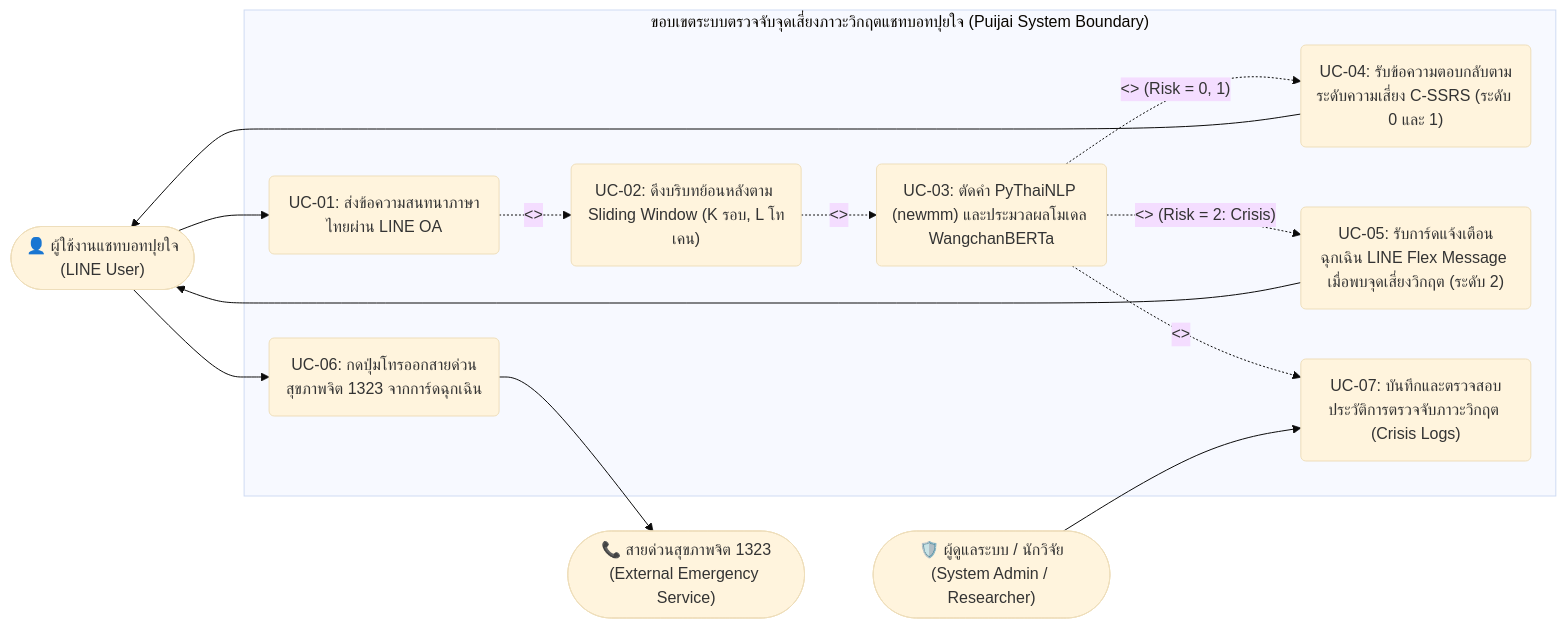
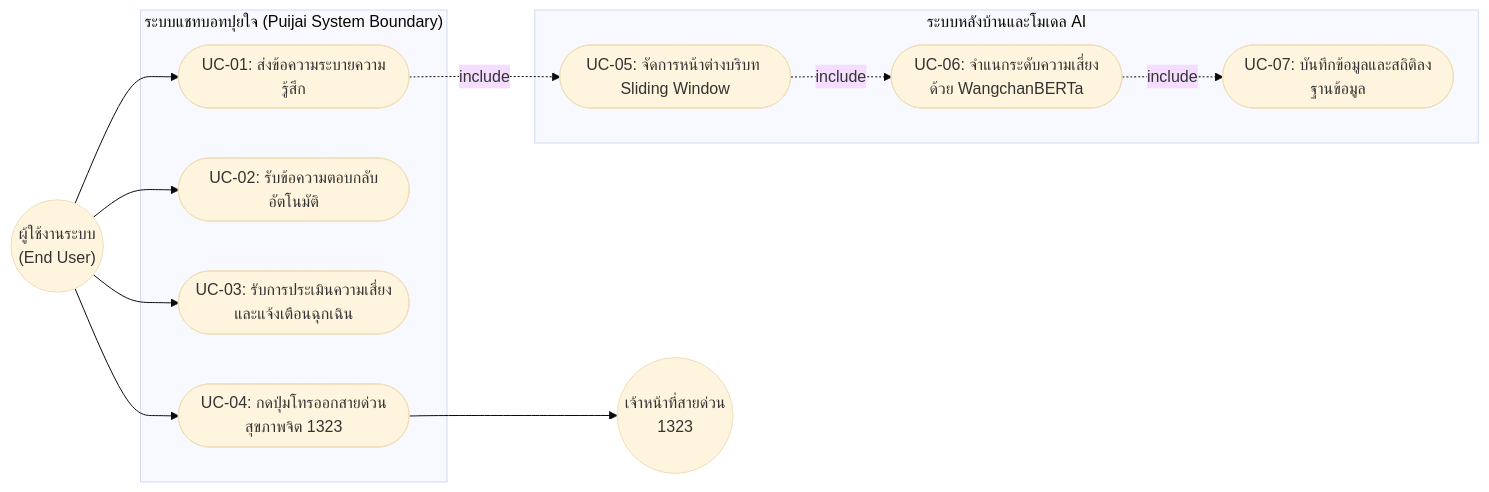
The ninth of 14 diagrams in Full_Senior_Project_Thesis_Puijai.md (puijai-ai/puijai-line-chatbot), drawn with Mermaid (base theme) before and after one commit. The commit also changed other lines of this file and 1 other file, not shown here.

Commit message:
docs: finalize thesis tables 1.1-4.5, 8 mermaid diagrams, and interactive visual html dashboard

````diff
--- a/Full_Senior_Project_Thesis_Puijai.md
+++ b/Full_Senior_Project_Thesis_Puijai.md
@@ -713,28 +778,24 @@
 ```mermaid
 flowchart LR
-    User(["👤 ผู้ใช้งานแชทบอทปุยใจ<br/>(LINE User)"])
-    Admin(["🛡️ ผู้ดูแลระบบ / นักวิจัย<br/>(System Admin / Researcher)"])
-    Hotline(["📞 สายด่วนสุขภาพจิต 1323<br/>(External Emergency Service)"])
-
-    subgraph PuijaiSystem["ขอบเขตระบบตรวจจับจุดเสี่ยงภาวะวิกฤตแชทบอทปุยใจ (Puijai System Boundary)"]
-        UC1("UC-01: ส่งข้อความสนทนาภาษาไทยผ่าน LINE OA")
-        UC2("UC-02: ดึงบริบทย้อนหลังตาม Sliding Window (K รอบ, L โทเคน)")
-        UC3("UC-03: ตัดคำ PyThaiNLP (newmm) และประมวลผลโมเดล WangchanBERTa")
-        UC4("UC-04: รับข้อความตอบกลับตามระดับความเสี่ยง C-SSRS (ระดับ 0 และ 1)")
-        UC5("UC-05: รับการ์ดแจ้งเตือนฉุกเฉิน LINE Flex Message เมื่อพบจุดเสี่ยงวิกฤต (ระดับ 2)")
-        UC6("UC-06: กดปุ่มโทรออกสายด่วนสุขภาพจิต 1323 จากการ์ดฉุกเฉิน")
-        UC7("UC-07: บันทึกและตรวจสอบประวัติการตรวจจับภาวะวิกฤต (Crisis Logs)")
+    User(("ผู้ใช้งานระบบ\n(End User)"))
+    subgraph PuijaiSystem ["ระบบแชทบอทปุยใจ (Puijai System Boundary)"]
+        UC1(["UC-01: ส่งข้อความระบายความรู้สึก"])
+        UC2(["UC-02: รับข้อความตอบกลับอัตโนมัติ"])
+        UC3(["UC-03: รับการประเมินความเสี่ยงและแจ้งเตือนฉุกเฉิน"])
+        UC4(["UC-04: กดปุ่มโทรออกสายด่วนสุขภาพจิต 1323"])
     end
-
+    subgraph BackendAI ["ระบบหลังบ้านและโมเดล AI"]
+        UC5(["UC-05: จัดการหน้าต่างบริบท Sliding Window"])
+        UC6(["UC-06: จำแนกระดับความเสี่ยงด้วย WangchanBERTa"])
+        UC7(["UC-07: บันทึกข้อมูลและสถิติลงฐานข้อมูล"])
+    end
+    CallCenter(("เจ้าหน้าที่สายด่วน\n1323"))
     User --> UC1
-    UC1 -. "<<include>>" .-> UC2
-    UC2 -. "<<include>>" .-> UC3
-    UC3 -. "<<extend>> (Risk = 0, 1)" .-> UC4
-    UC3 -. "<<extend>> (Risk = 2: Crisis)" .-> UC5
-    UC3 -. "<<include>>" .-> UC7
-    UC4 --> User
-    UC5 --> User
-    User --> UC6
-    UC6 --> Hotline
-    Admin --> UC7
+    User --> UC2
+    User --> UC3
+    User --> UC4
+    UC1 -.->|"include"| UC5
+    UC5 -.->|"include"| UC6
+    UC6 -.->|"include"| UC7
+    UC4 --> CallCenter
 ```
````
